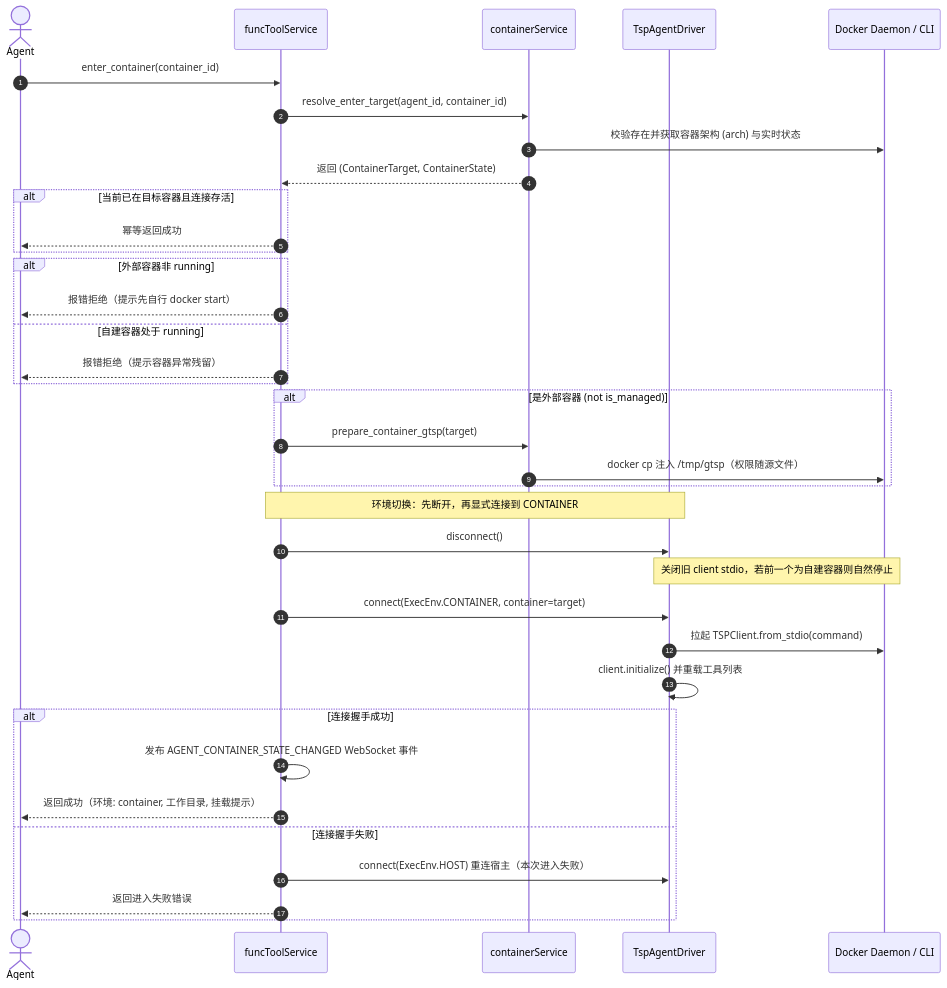
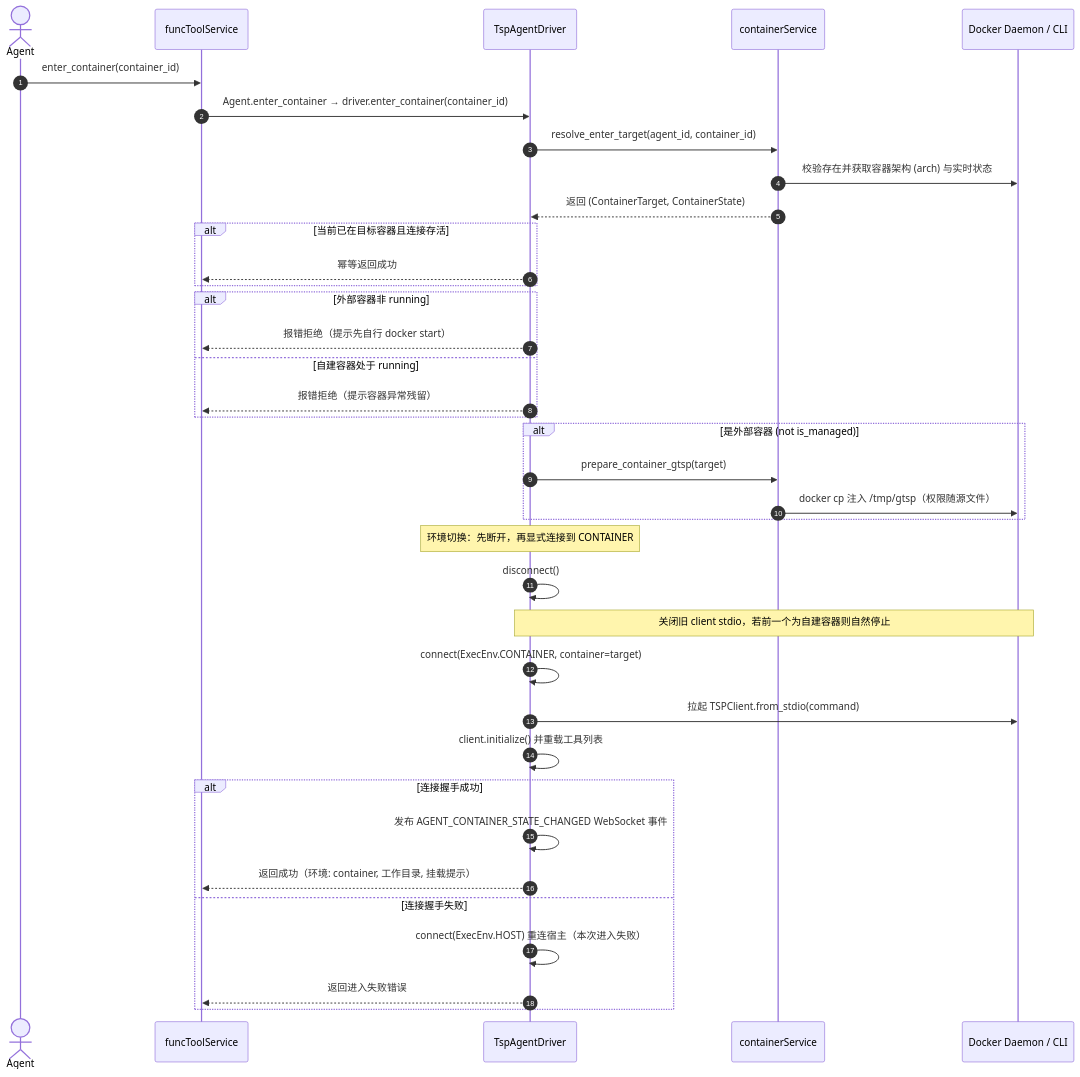
The diagram in docs/design/2026-10-31-docker-agent-sandbox/step2_technical.md (alexazhou/TogoSpace), drawn with Mermaid before and after one commit. The commit also changed other lines of this file and 20 other files, not shown here.

First line of the commit message:
refactor(container): unify driver exec env interface

````diff
--- a/docs/design/2026-10-31-docker-agent-sandbox/step2_technical.md
+++ b/docs/design/2026-10-31-docker-agent-sandbox/step2_technical.md
@@ -262,43 +273,44 @@
 ```mermaid
 sequenceDiagram
     autonumber
     actor Agent
     participant Tool as funcToolService
+    participant Driver as TspAgentDriver
     participant CS as containerService
-    participant Driver as TspAgentDriver
     participant Docker as Docker Daemon / CLI
 
     Agent->>Tool: enter_container(container_id)
-    Tool->>CS: resolve_enter_target(agent_id, container_id)
+    Tool->>Driver: Agent.enter_container → driver.enter_container(container_id)
+    Driver->>CS: resolve_enter_target(agent_id, container_id)
     CS->>Docker: 校验存在并获取容器架构 (arch) 与实时状态
-    CS-->>Tool: 返回 (ContainerTarget, ContainerState)
+    CS-->>Driver: 返回 (ContainerTarget, ContainerState)
     alt 当前已在目标容器且连接存活
-        Tool-->>Agent: 幂等返回成功
+        Driver-->>Tool: 幂等返回成功
     end
 
     alt 外部容器非 running
-        Tool-->>Agent: 报错拒绝（提示先自行 docker start）
+        Driver-->>Tool: 报错拒绝（提示先自行 docker start）
     else 自建容器处于 running
-        Tool-->>Agent: 报错拒绝（提示容器异常残留）
+        Driver-->>Tool: 报错拒绝（提示容器异常残留）
     end
 
     alt 是外部容器 (not is_managed)
-        Tool->>CS: prepare_container_gtsp(target)
+        Driver->>CS: prepare_container_gtsp(target)
         CS->>Docker: docker cp 注入 /tmp/gtsp（权限随源文件）
     end
 
-    Note over Tool,Driver: 环境切换：先断开，再显式连接到 CONTAINER
-    Tool->>Driver: disconnect()
+    Note over Driver: 环境切换：先断开，再显式连接到 CONTAINER
+    Driver->>Driver: disconnect()
     Note over Driver,Docker: 关闭旧 client stdio，若前一个为自建容器则自然停止
-    Tool->>Driver: connect(ExecEnv.CONTAINER, container=target)
+    Driver->>Driver: connect(ExecEnv.CONTAINER, container=target)
     Driver->>Docker: 拉起 TSPClient.from_stdio(command)
     Driver->>Driver: client.initialize() 并重载工具列表
     
     alt 连接握手成功
-        Tool->>Tool: 发布 AGENT_CONTAINER_STATE_CHANGED WebSocket 事件
-        Tool-->>Agent: 返回成功（环境: container, 工作目录, 挂载提示）
+        Driver->>Driver: 发布 AGENT_CONTAINER_STATE_CHANGED WebSocket 事件
+        Driver-->>Tool: 返回成功（环境: container, 工作目录, 挂载提示）
     else 连接握手失败
-        Tool->>Driver: connect(ExecEnv.HOST) 重连宿主（本次进入失败）
-        Tool-->>Agent: 返回进入失败错误
+        Driver->>Driver: connect(ExecEnv.HOST) 重连宿主（本次进入失败）
+        Driver-->>Tool: 返回进入失败错误
     end
 ```
````
